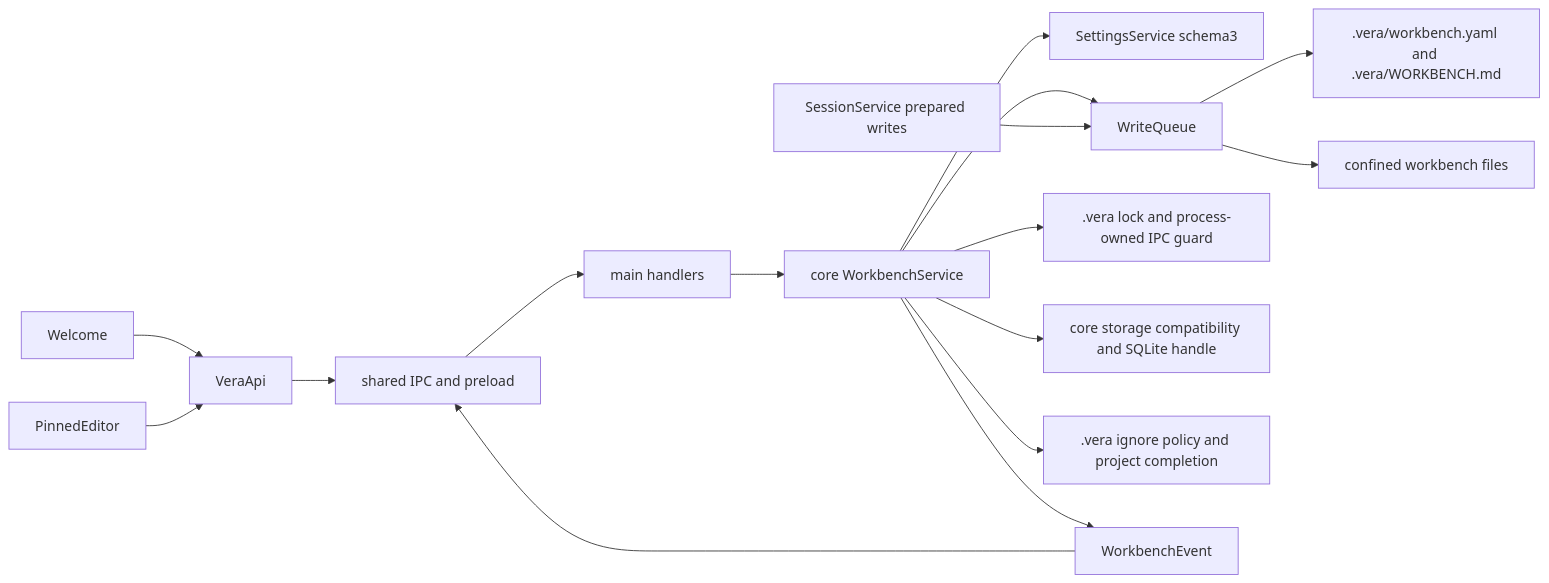
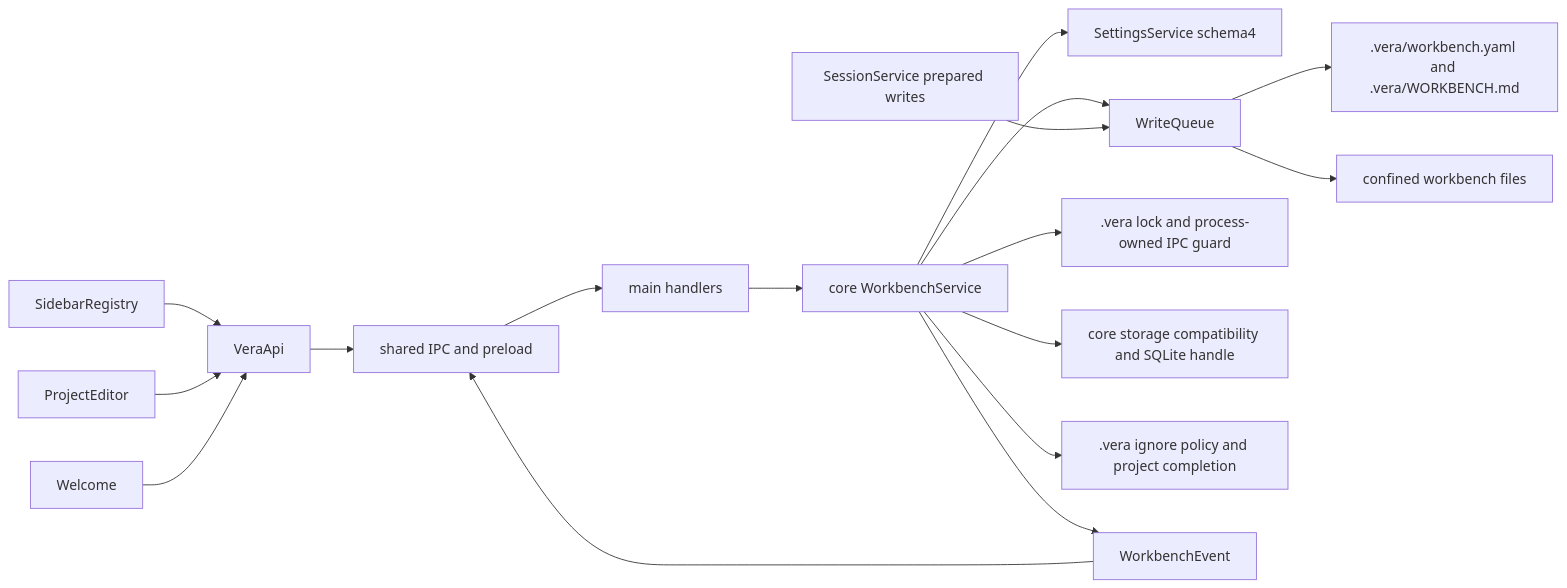
Before and after one commit to DDP-Engineering/2026_Virtual_Embedded_Rig_Assistant: the diagram in .agentic/knowledge/workbench.md, drawn with Mermaid. The commit also changed other lines of this file and 72 other files, not shown here.

First line of the commit message:
feat(workbench): refine project navigation, settings and keyboard shortcuts

````diff
--- a/.agentic/knowledge/workbench.md
+++ b/.agentic/knowledge/workbench.md
@@ -109,18 +109,19 @@
 ```mermaid
 flowchart LR
+  SidebarRegistry --> VeraApi
+  ProjectEditor --> VeraApi
   Welcome --> VeraApi
-  PinnedEditor --> VeraApi
   VeraApi --> bridge[shared IPC and preload]
   bridge --> main[main handlers]
   main --> service[core WorkbenchService]
-  service --> settings[SettingsService schema3]
+  service --> settings[SettingsService schema4]
   service --> writes[WriteQueue]
   Sessions[SessionService prepared writes] --> writes
   writes --> YAML[.vera/workbench.yaml and .vera/WORKBENCH.md]
   writes --> Files[confined workbench files]
   service --> lock[.vera lock and process-owned IPC guard]
   service --> storage[core storage compatibility and SQLite handle]
   service --> ignore[.vera ignore policy and project completion]
   service --> events[WorkbenchEvent]
   events --> bridge
 ```
````
